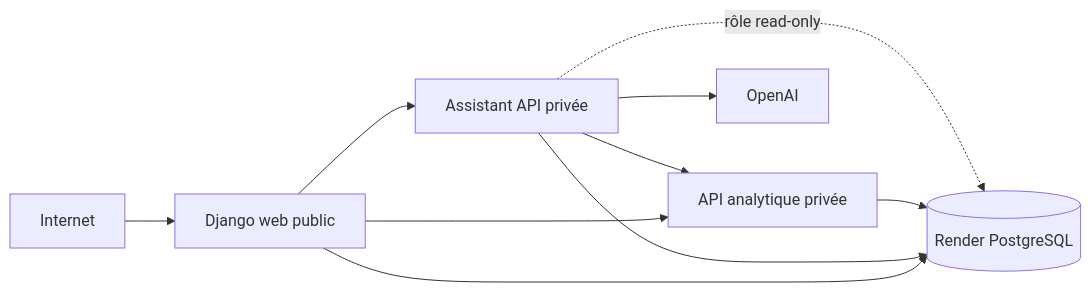
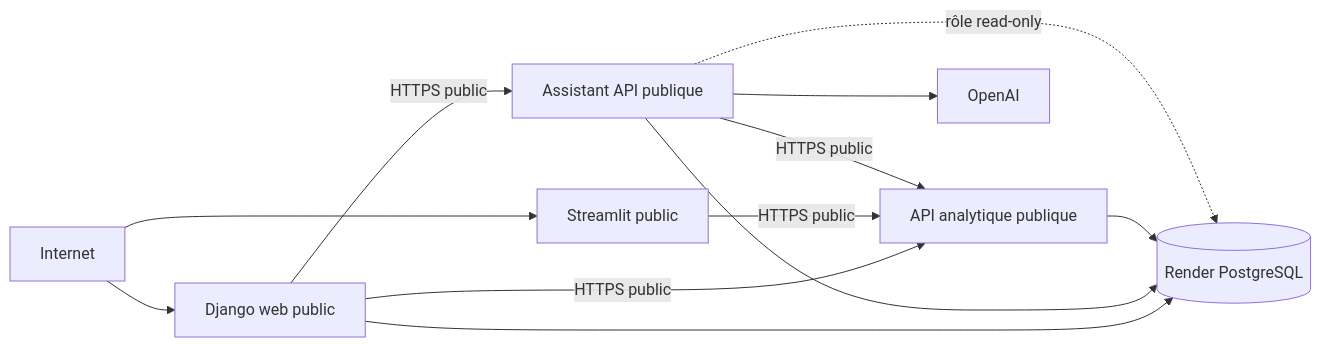
The diagram in docs/e3/C13_RENDER_STAGING.md (ludivineRB/surendettement_analyse), drawn with Mermaid before and after one commit. The commit also changed other lines of this file and 3 other files, not shown here.

````diff
--- a/docs/e3/C13_RENDER_STAGING.md
+++ b/docs/e3/C13_RENDER_STAGING.md
@@ -7,12 +7,14 @@
 ```mermaid
 flowchart LR
   I[Internet] --> W[Django web public]
-  W --> A[Assistant API privée]
-  W --> D[API analytique privée]
-  A --> D
+  I --> S[Streamlit public]
+  W -->|HTTPS public| A[Assistant API publique]
+  W -->|HTTPS public| D[API analytique publique]
+  S -->|HTTPS public| D
+  A -->|HTTPS public| D
   A --> O[OpenAI]
   W --> P[(Render PostgreSQL)]
   A --> P
   D --> P
   A -. rôle read-only .-> P
 ```
````
